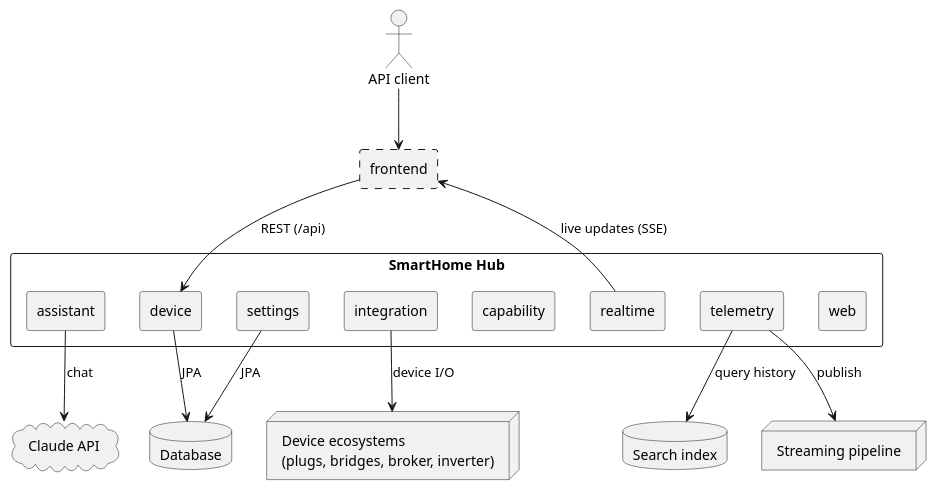
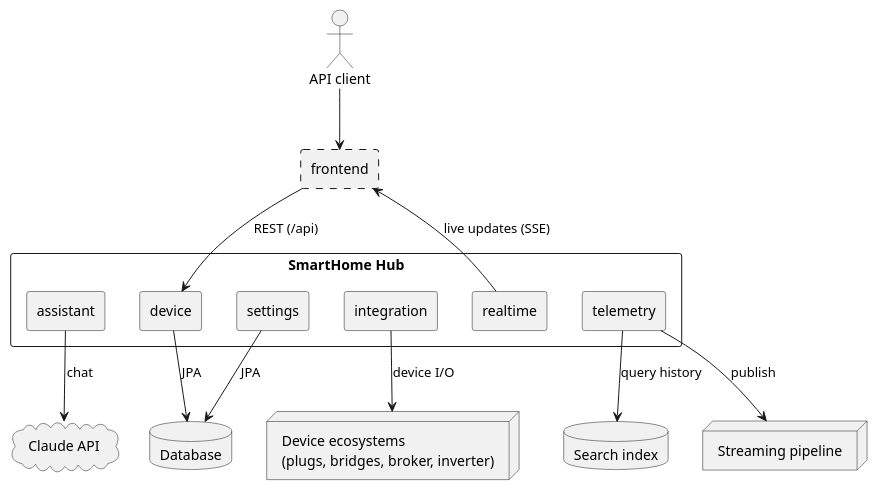
The first of 4 diagrams in docs/modules/ROOT/pages/05-building-block-view.adoc (FelixGeisler/SmartHome), drawn with PlantUML before and after one commit. The commit also changed other lines of this file and 17 other files, not shown here.

```diff
--- a/docs/modules/ROOT/pages/05-building-block-view.adoc
+++ b/docs/modules/ROOT/pages/05-building-block-view.adoc
@@ -11,36 +9,34 @@
 [plantuml,building-blocks,svg]
 ----
 @startuml
 skinparam componentStyle rectangle
 
 actor "API client" as client
 [frontend] as fe #line.dashed
 
 rectangle "SmartHome Hub" {
-  [web]
   [assistant]
   [device]
-  [capability]
   [integration]
   [telemetry]
   [realtime]
   [settings]
 }
 
 database "Database" as db
 database "Search index" as idx
 node "Device ecosystems\n(plugs, bridges, broker, inverter)" as world
 node "Streaming pipeline" as pipeline
 cloud "Claude API" as claude
 
 client --> fe
 fe --> device : REST (/api)
 realtime --> fe : live updates (SSE)
 assistant --> claude : chat
 integration --> world : device I/O
 telemetry --> pipeline : publish
 telemetry --> idx : query history
 device --> db : JPA
 settings --> db : JPA
 @enduml
 ----
```
